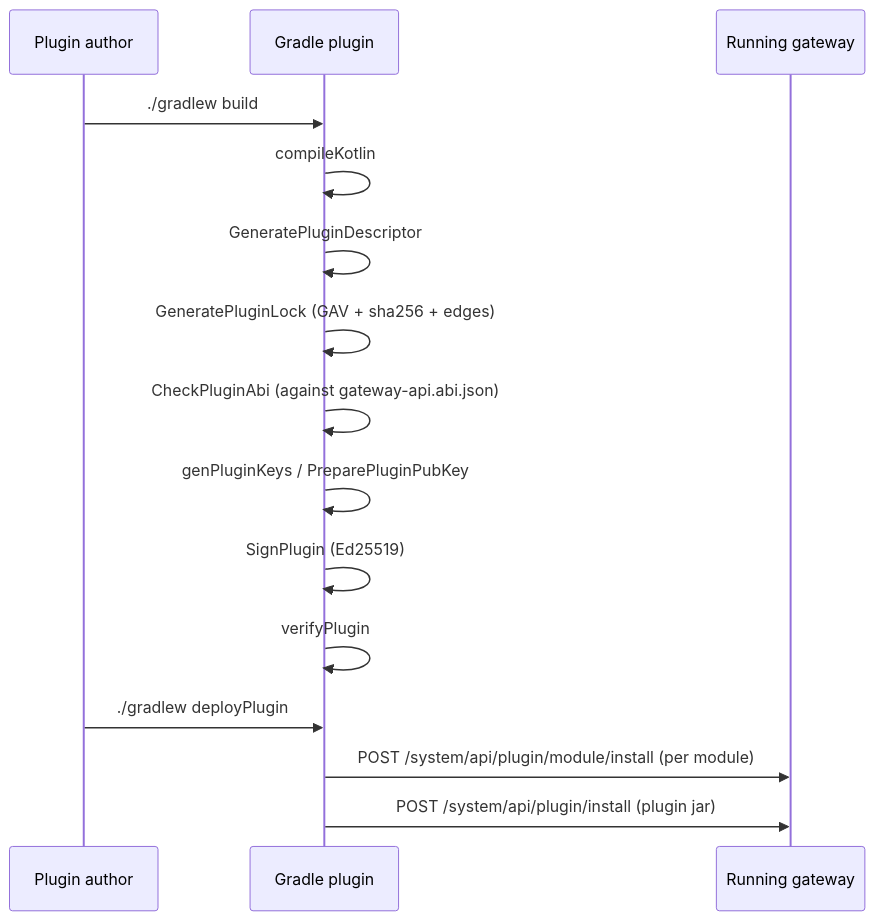
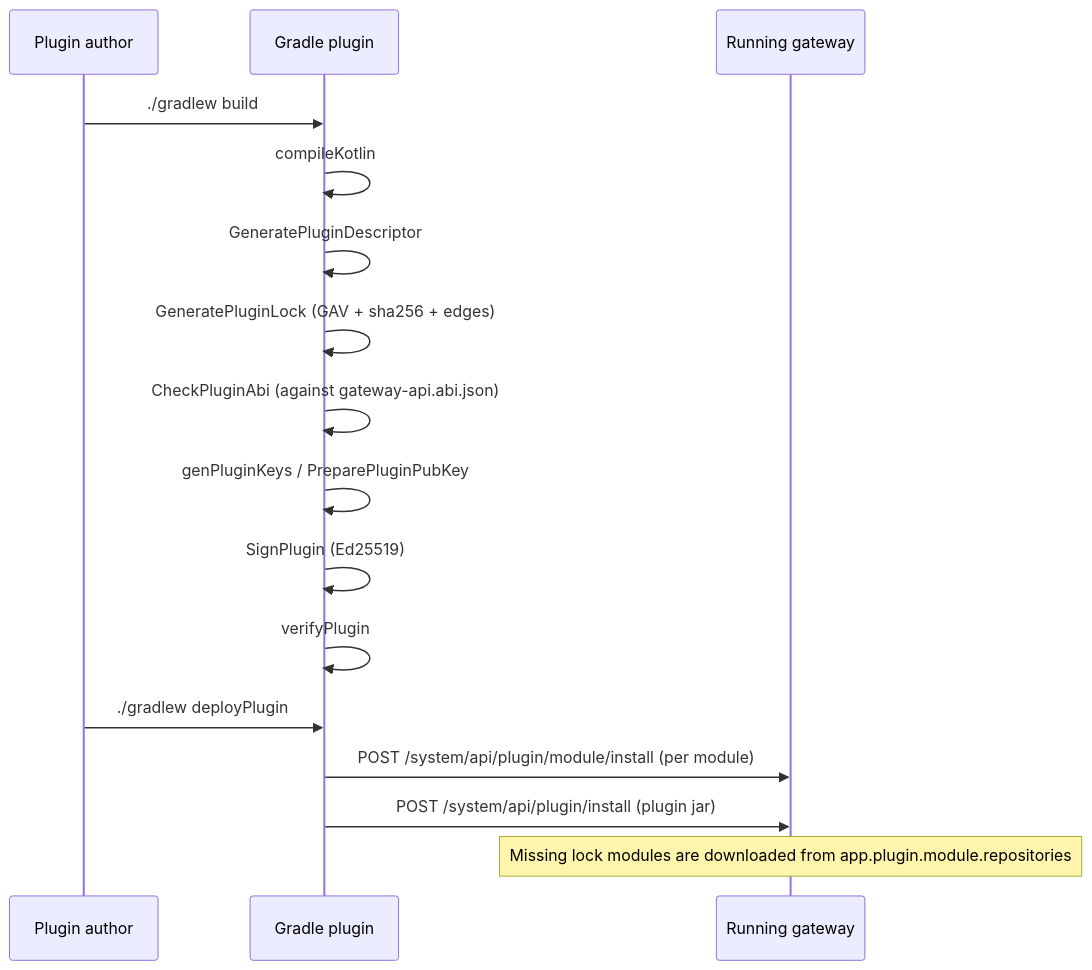
The second of 8 diagrams in docs/plugin-platform.md (FatttSnake/api-management), drawn with Mermaid before and after one commit. The commit also changed other lines of this file and 20 other files, not shown here.

Commit message:
feat(plugin): support fetch module from maven

````diff
--- a/docs/plugin-platform.md
+++ b/docs/plugin-platform.md
@@ -113,19 +113,20 @@
 ```mermaid
 sequenceDiagram
     participant Dev as Plugin author
     participant G as Gradle plugin
     participant GW as Running gateway
 
     Dev->>G: ./gradlew build
     G->>G: compileKotlin
     G->>G: GeneratePluginDescriptor
     G->>G: GeneratePluginLock (GAV + sha256 + edges)
     G->>G: CheckPluginAbi (against gateway-api.abi.json)
     G->>G: genPluginKeys / PreparePluginPubKey
     G->>G: SignPlugin (Ed25519)
     G->>G: verifyPlugin
 
     Dev->>G: ./gradlew deployPlugin
     G->>GW: POST /system/api/plugin/module/install (per module)
     G->>GW: POST /system/api/plugin/install (plugin jar)
+    Note over GW: Missing lock modules are downloaded from app.plugin.module.repositories
 ```
````
